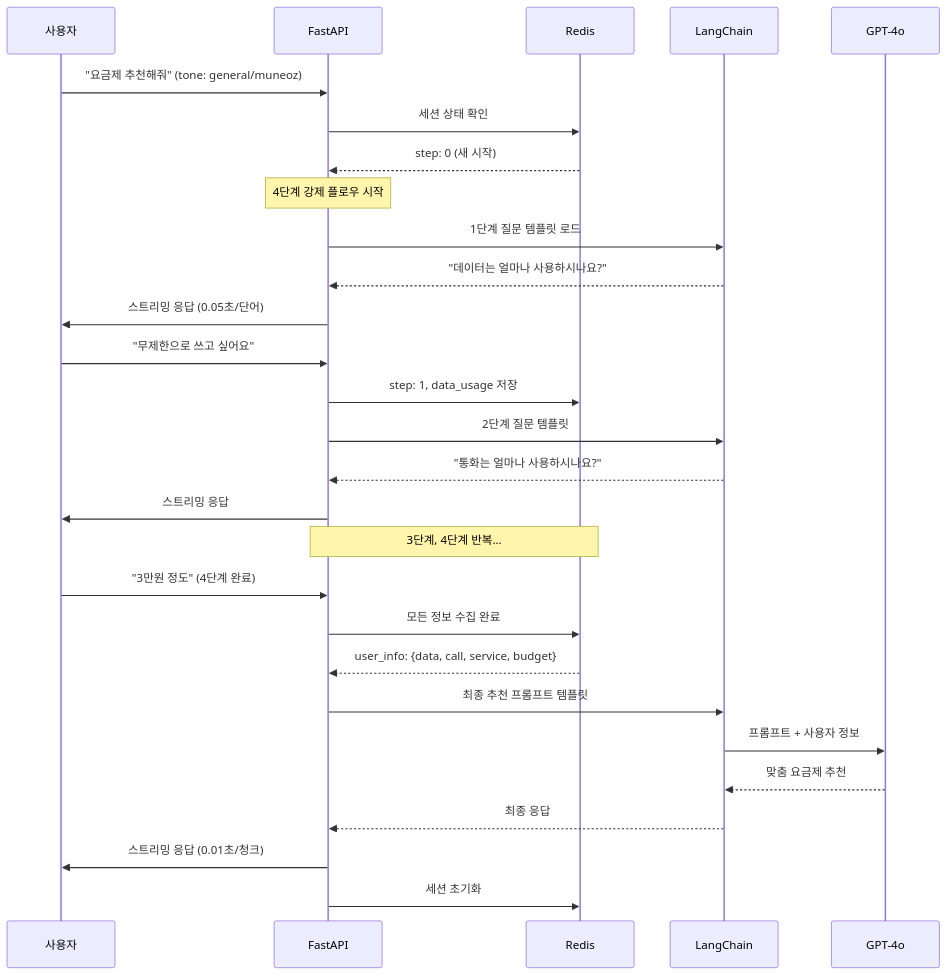
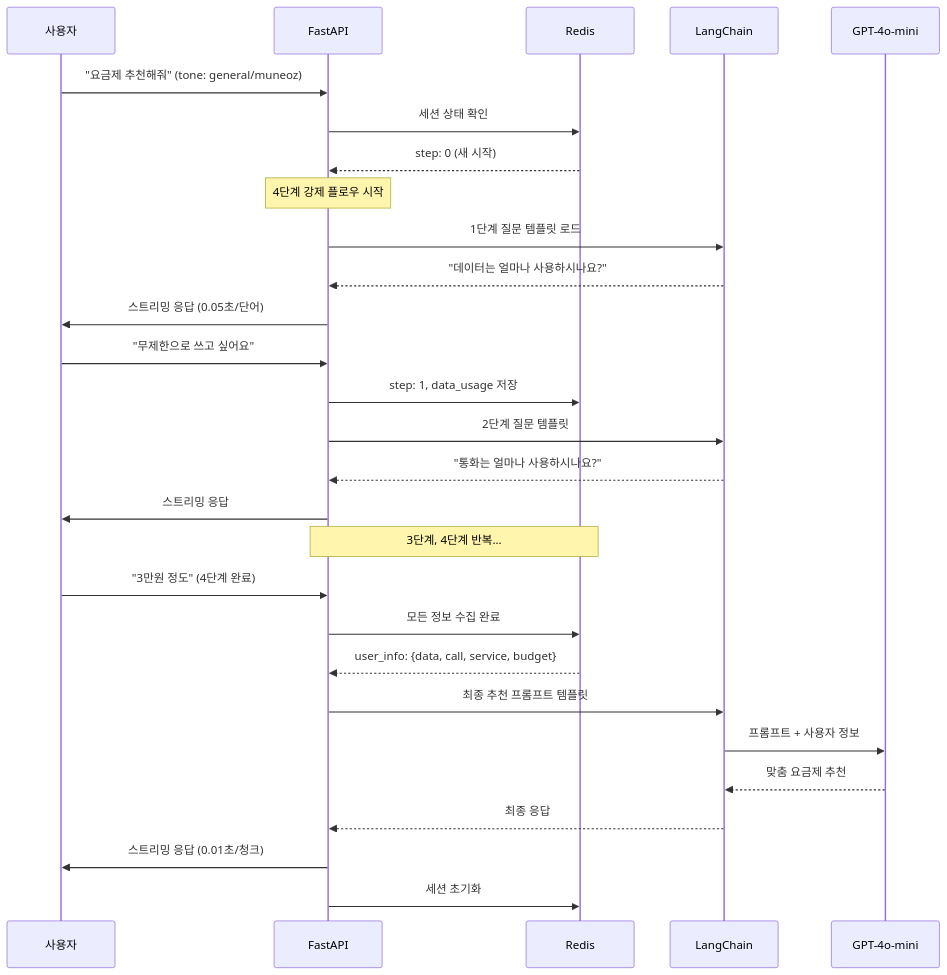
One commit to Ureca-Middle-Project-Team4/4EVER0-AI changed the second of 6 diagrams in README.md. Above: the diagram before and after it, drawn with Mermaid. The commit also changed other lines of this file, not shown here.

````diff
--- a/README.md
+++ b/README.md
@@ -68,37 +68,37 @@
 ```mermaid
 sequenceDiagram
     participant User as 사용자
     participant API as FastAPI
     participant Redis as Redis
     participant Chain as LangChain
-    participant GPT as GPT-4o
+    participant GPT as GPT-4o-mini
 
     User->>API: "요금제 추천해줘" (tone: general/muneoz)
     API->>Redis: 세션 상태 확인
     Redis-->>API: step: 0 (새 시작)
     
     Note over API: 4단계 강제 플로우 시작
     
     API->>Chain: 1단계 질문 템플릿 로드
     Chain-->>API: "데이터는 얼마나 사용하시나요?"
     API->>User: 스트리밍 응답 (0.05초/단어)
     
     User->>API: "무제한으로 쓰고 싶어요"
     API->>Redis: step: 1, data_usage 저장
     API->>Chain: 2단계 질문 템플릿
     Chain-->>API: "통화는 얼마나 사용하시나요?"
     API->>User: 스트리밍 응답
     
     Note over API,Redis: 3단계, 4단계 반복...
     
     User->>API: "3만원 정도" (4단계 완료)
     API->>Redis: 모든 정보 수집 완료
     Redis-->>API: user_info: {data, call, service, budget}
     
     API->>Chain: 최종 추천 프롬프트 템플릿
     Chain->>GPT: 프롬프트 + 사용자 정보
     GPT-->>Chain: 맞춤 요금제 추천
     Chain-->>API: 최종 응답
     API->>User: 스트리밍 응답 (0.01초/청크)
     API->>Redis: 세션 초기화
 ```
````
